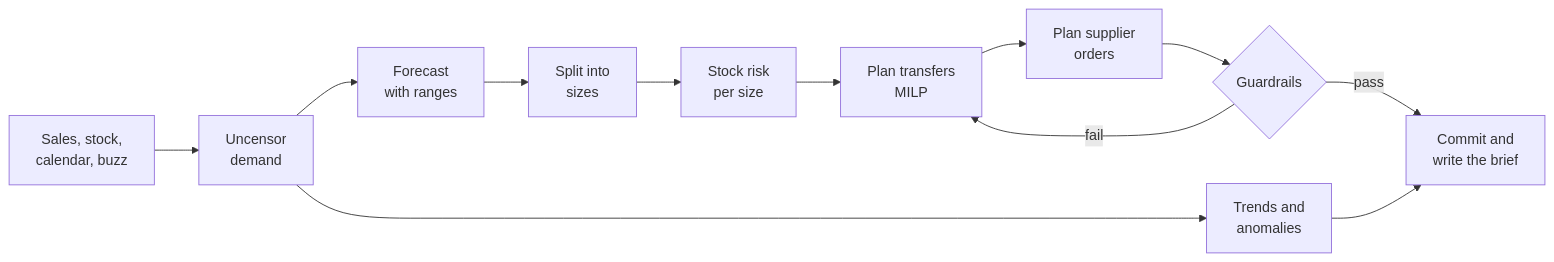
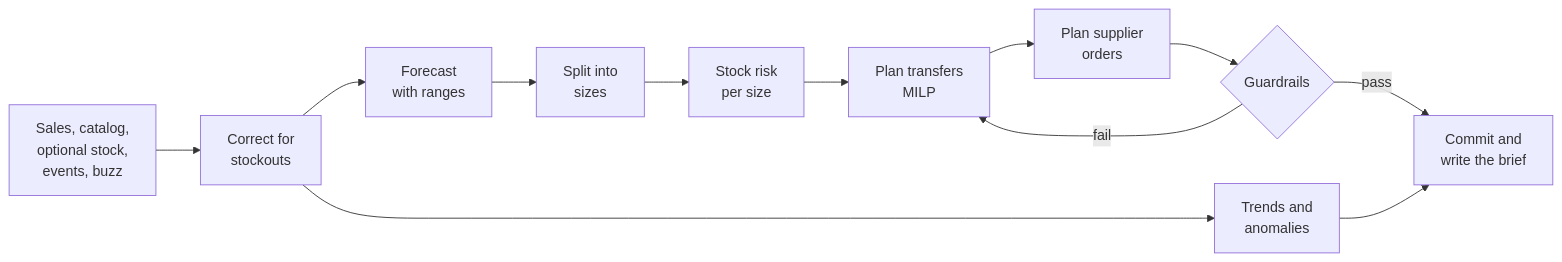
One commit to vivaansheth5/luma-demand-predictor changed the diagram in README.md. Above: the diagram before and after it, drawn with Mermaid. The commit also changed other lines of this file and 111 other files, not shown here.

````diff
--- a/README.md
+++ b/README.md
@@ -37,14 +128,14 @@
 ```mermaid
 flowchart LR
-    A[Sales, stock,<br>calendar, buzz] --> B[Uncensor<br>demand]
+    A[Sales, catalog,<br>optional stock,<br>events, buzz] --> B[Correct for<br>stockouts]
     B --> C[Forecast<br>with ranges]
     B --> D[Trends and<br>anomalies]
     C --> E[Split into<br>sizes]
     E --> F[Stock risk<br>per size]
     F --> G[Plan transfers<br>MILP]
     G --> H[Plan supplier<br>orders]
     H --> I{Guardrails}
     I -- fail --> G
     I -- pass --> J[Commit and<br>write the brief]
     D --> J
 ```
````
